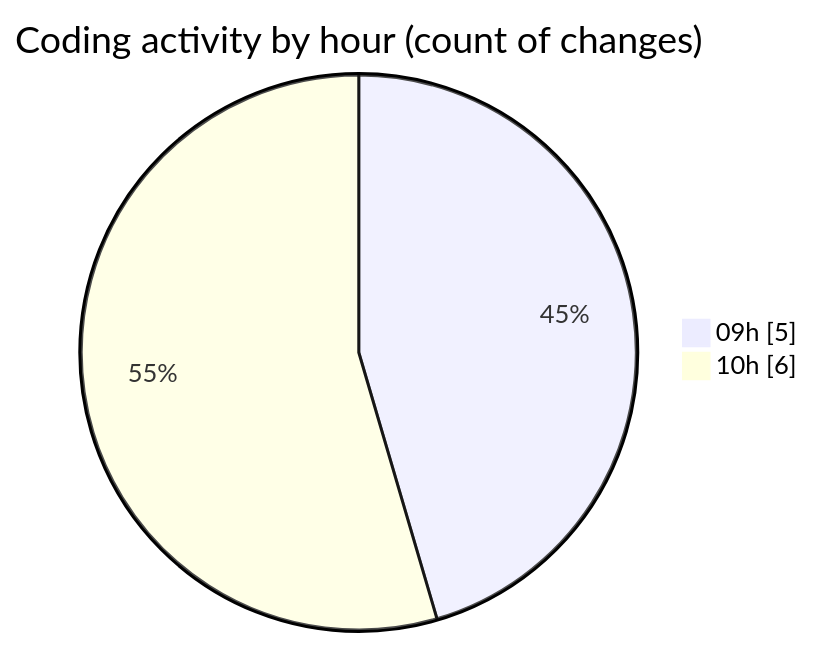
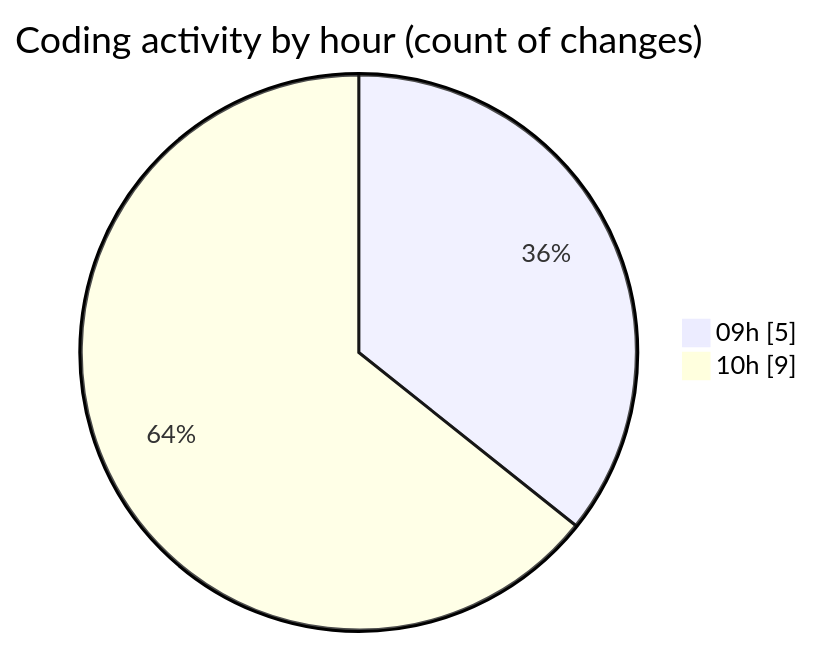
One commit to ricardozamudiocil/code-tracking changed the second of 2 diagrams in 2026-06-03/cilapp/README.md. Above: the diagram before and after it, drawn with Mermaid. The commit also changed other lines of this file and 1 other file, not shown here.

````diff
--- a/2026-06-03/cilapp/README.md
+++ b/2026-06-03/cilapp/README.md
@@ -31,6 +31,6 @@
 ```mermaid
 pie showData
 title Coding activity by hour (count of changes)
 "09h" : 5
-"10h" : 6
+"10h" : 9
 ```
````
